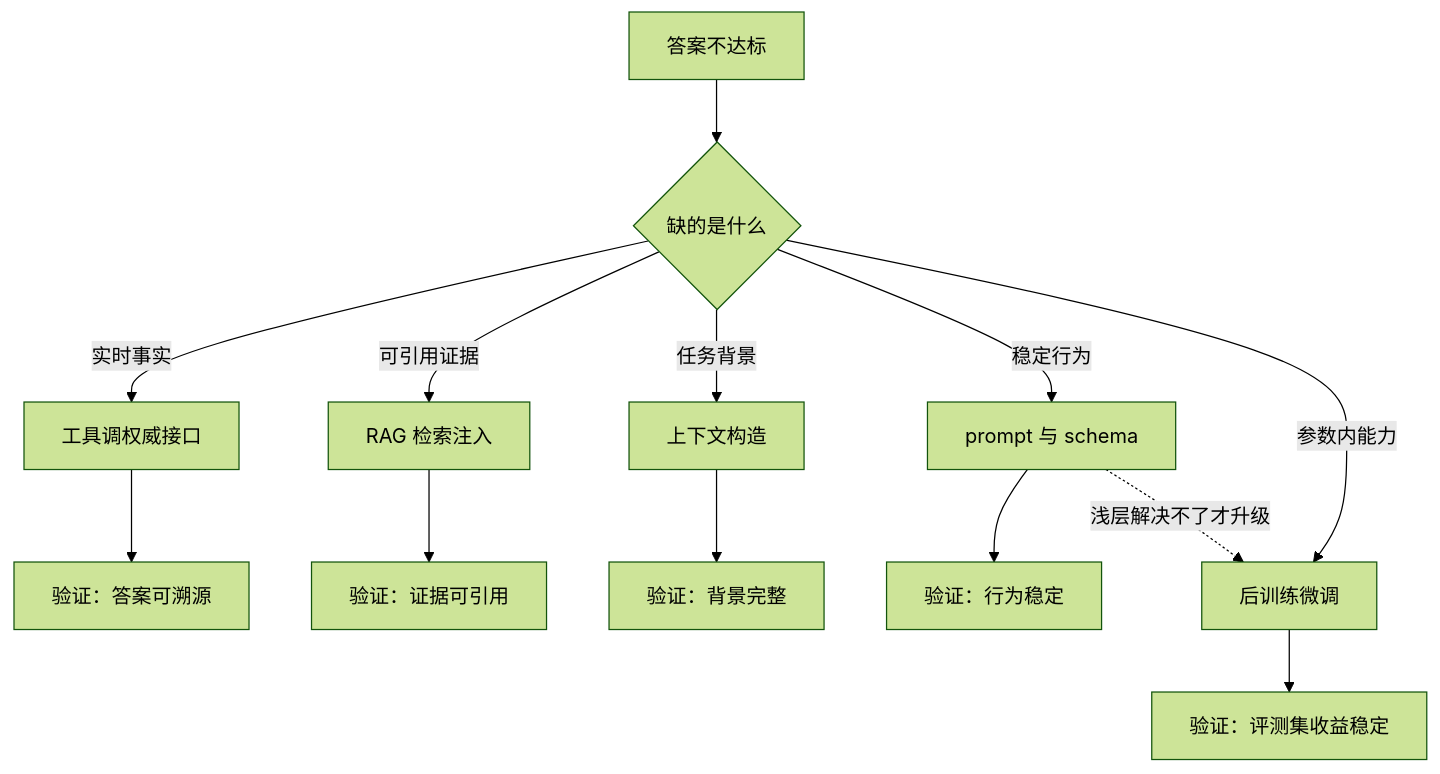
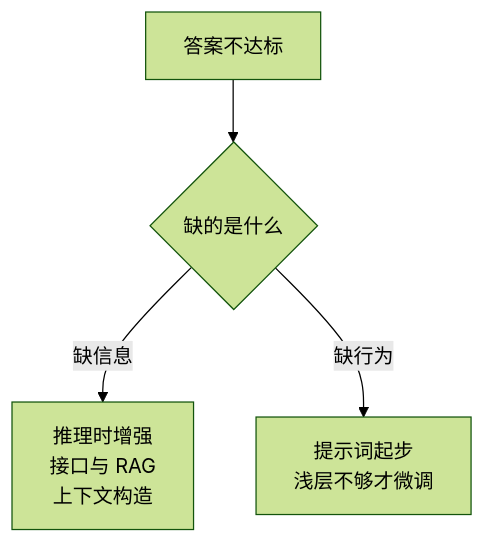
Before and after one commit to hub138/technical-knowledge: the second of 2 diagrams in vault/工程知识/AI 系统工程：从模型能力到生产能力/模型与上下文/预训练、后训练、RAG与工具改变不同层次.md, drawn with Mermaid (forest theme). The commit also changed other lines of this file and 622 other files, not shown here.

````diff
--- a/vault/工程知识/AI 系统工程：从模型能力到生产能力/模型与上下文/预训练、后训练、RAG与工具改变不同层次.md
+++ b/vault/工程知识/AI 系统工程：从模型能力到生产能力/模型与上下文/预训练、后训练、RAG与工具改变不同层次.md
@@ -110,15 +133,6 @@
 ```mermaid
 graph TD
     A[答案不达标] --> B{缺的是什么}
-    B -->|实时事实| C[工具调权威接口]
-    B -->|可引用证据| D[RAG 检索注入]
-    B -->|任务背景| E[上下文构造]
-    B -->|稳定行为| F[prompt 与 schema]
-    B -->|参数内能力| G[后训练微调]
-    C --> H[验证：答案可溯源]
-    D --> I[验证：证据可引用]
-    E --> J[验证：背景完整]
-    F --> K[验证：行为稳定]
-    G --> L[验证：评测集收益稳定]
-    F -.浅层解决不了才升级.-> G
+    B -->|缺信息| C[推理时增强<br/>接口与 RAG<br/>上下文构造]
+    B -->|缺行为| D[提示词起步<br/>浅层不够才微调]
 ```
````
